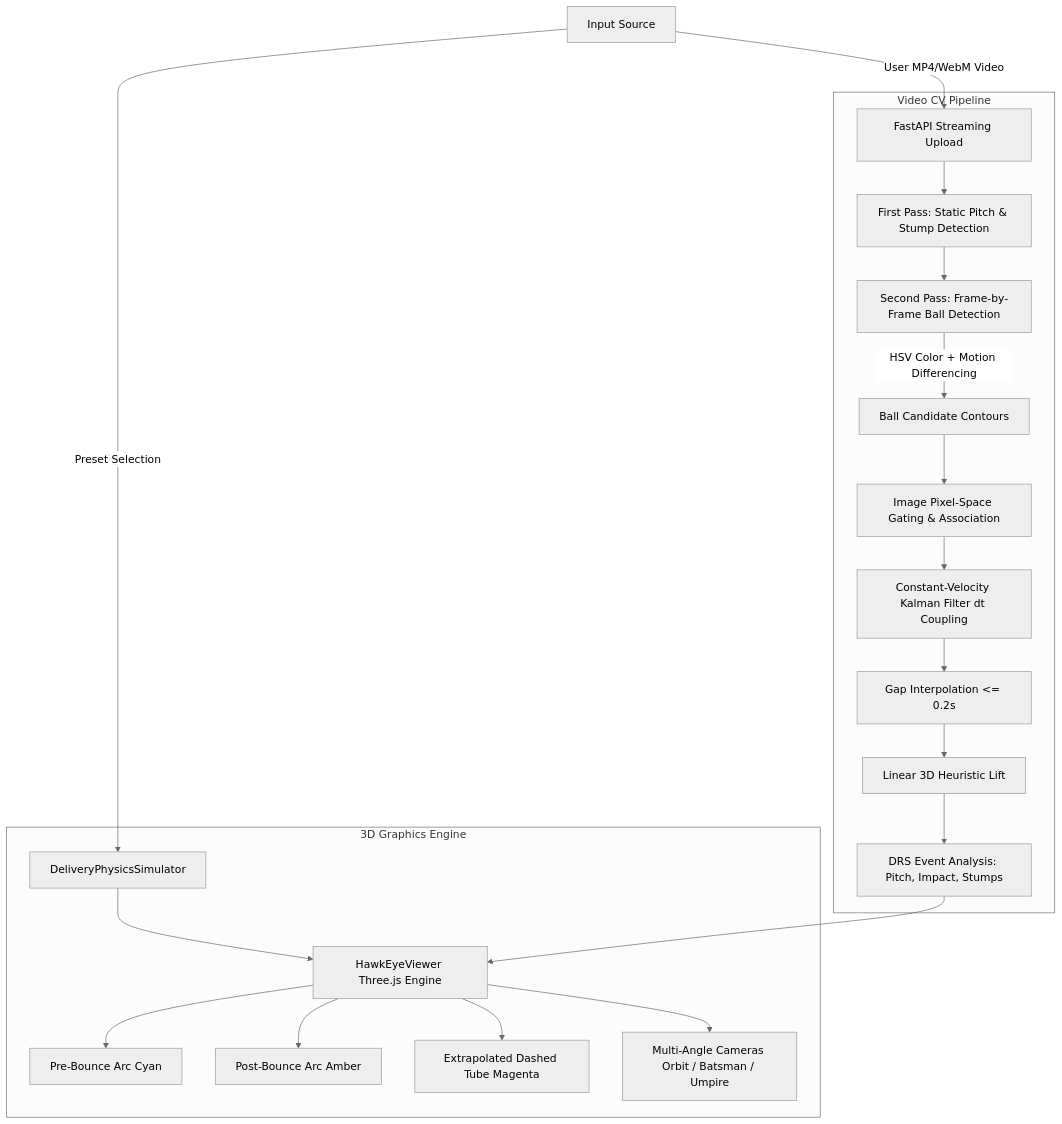
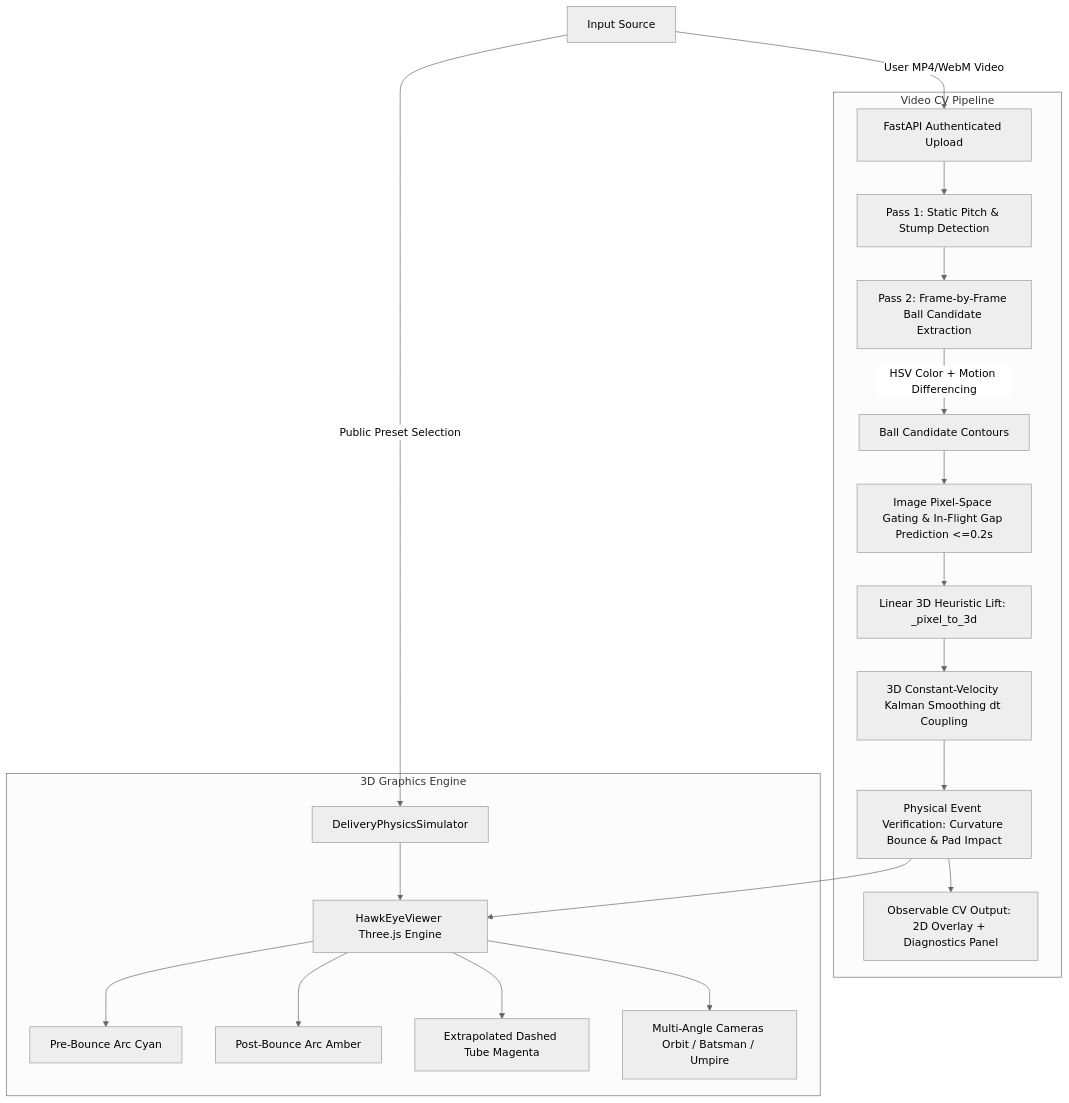
One commit to Sripadh16/Cricket-Ball-Tracking-with-Interactive-3D-Display changed the diagram in docs/ARCHITECTURE.md. Above: the diagram before and after it, drawn with Mermaid (neutral theme). The commit also changed other lines of this file and 17 other files, not shown here.

````diff
--- a/docs/ARCHITECTURE.md
+++ b/docs/ARCHITECTURE.md
@@ -9,25 +9,25 @@
 ```mermaid
 graph TD
-    A[Input Source] -->|User MP4/WebM Video| B[FastAPI Streaming Upload]
-    A -->|Preset Selection| C[DeliveryPhysicsSimulator]
+    A[Input Source] -->|User MP4/WebM Video| B[FastAPI Authenticated Upload]
+    A -->|Public Preset Selection| C[DeliveryPhysicsSimulator]
     
     subgraph Video CV Pipeline
-        B --> D[First Pass: Static Pitch & Stump Detection]
-        D --> E[Second Pass: Frame-by-Frame Ball Detection]
+        B --> D[Pass 1: Static Pitch & Stump Detection]
+        D --> E[Pass 2: Frame-by-Frame Ball Candidate Extraction]
         E -->|HSV Color + Motion Differencing| F[Ball Candidate Contours]
-        F --> G[Image Pixel-Space Gating & Association]
-        G --> H[Constant-Velocity Kalman Filter dt Coupling]
-        H --> I[Gap Interpolation <= 0.2s]
-        I --> J[Linear 3D Heuristic Lift]
-        J --> K[DRS Event Analysis: Pitch, Impact, Stumps]
+        F --> G[Image Pixel-Space Gating & In-Flight Gap Prediction <=0.2s]
+        G --> H[Linear 3D Heuristic Lift: _pixel_to_3d]
+        H --> I[3D Constant-Velocity Kalman Smoothing dt Coupling]
+        I --> J[Physical Event Verification: Curvature Bounce & Pad Impact]
+        J --> K[Observable CV Output: 2D Overlay + Diagnostics Panel]
     end
 
     subgraph 3D Graphics Engine
         C --> L[HawkEyeViewer Three.js Engine]
-        K --> L
+        J --> L
         L --> M[Pre-Bounce Arc Cyan]
         L --> N[Post-Bounce Arc Amber]
         L --> O[Extrapolated Dashed Tube Magenta]
         L --> P[Multi-Angle Cameras Orbit / Batsman / Umpire]
     end
 ```
````
